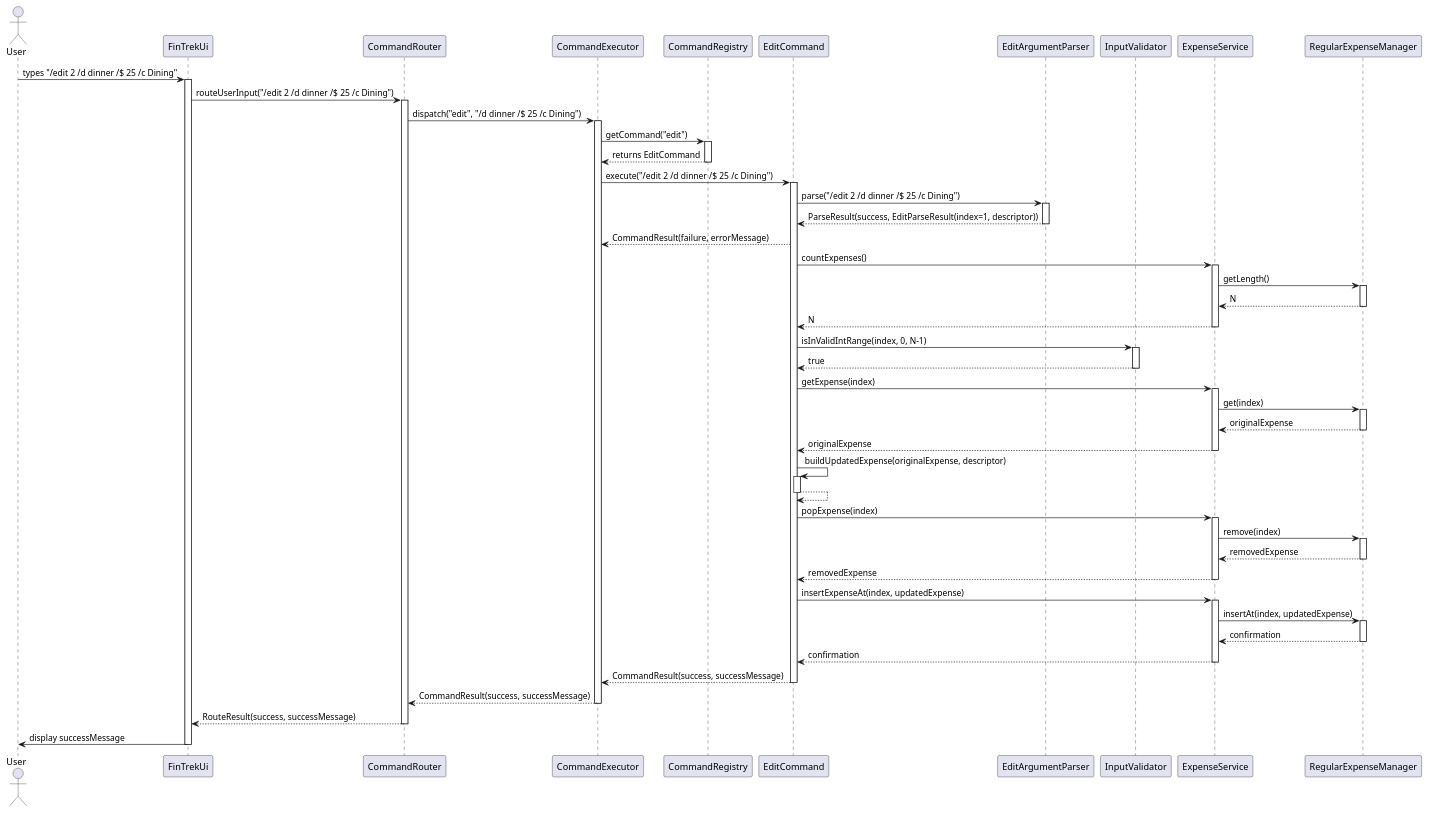
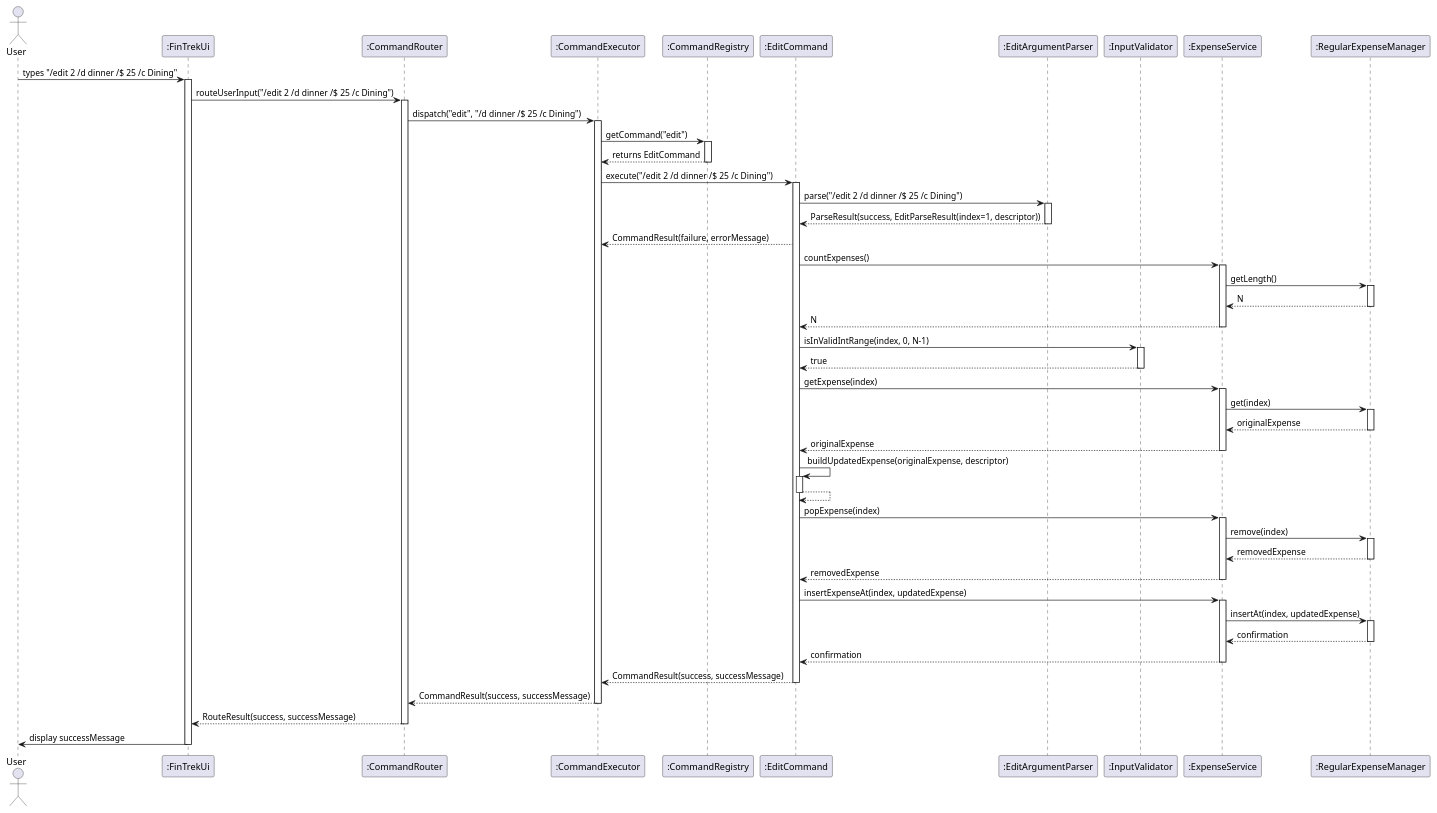
Before and after one commit to randust/tp: the diagram in docs/diagrams/sequence/edit.puml, drawn with PlantUML. The commit also changed 5 other files, not shown here.

Commit message:
Update Sequence Diagrams

```diff
--- a/docs/diagrams/sequence/edit.puml
+++ b/docs/diagrams/sequence/edit.puml
@@ -1,110 +1,110 @@
 @startuml editCommand.puml
 actor User
-participant "FinTrekUi" as FinTrek
-participant "CommandRouter" as Router
-participant "CommandExecutor" as Executor
-participant "CommandRegistry" as Registry
-participant "EditCommand" as EditCmd
-participant "EditArgumentParser" as Parser
-participant "InputValidator" as Validator
-participant "ExpenseService" as ExpenseSvc
-participant "RegularExpenseManager" as RegExpMgr
+participant ":FinTrekUi" as FinTrek
+participant ":CommandRouter" as Router
+participant ":CommandExecutor" as Executor
+participant ":CommandRegistry" as Registry
+participant ":EditCommand" as EditCmd
+participant ":EditArgumentParser" as Parser
+participant ":InputValidator" as Validator
+participant ":ExpenseService" as ExpenseSvc
+participant ":RegularExpenseManager" as RegExpMgr
 
 User -> FinTrek : types "/edit 2 /d dinner /$ 25 /c Dining"
 activate FinTrek
 
 FinTrek -> Router : routeUserInput("/edit 2 /d dinner /$ 25 /c Dining")
 activate Router
 
 Router -> Executor : dispatch("edit", "/d dinner /$ 25 /c Dining")
 activate Executor
 
 Executor -> Registry : getCommand("edit")
 activate Registry
 
 Registry --> Executor : returns EditCommand
 deactivate Registry
 
 Executor -> EditCmd : execute("/edit 2 /d dinner /$ 25 /c Dining")
 activate EditCmd
 
 EditCmd -> Parser : parse("/edit 2 /d dinner /$ 25 /c Dining")
 activate Parser
 
 Parser --> EditCmd : ParseResult(success, EditParseResult(index=1, descriptor))
 deactivate Parser
 
 EditCmd --> Executor : CommandResult(failure, errorMessage)
 EditCmd -> ExpenseSvc : countExpenses()
 activate ExpenseSvc
 
 ExpenseSvc -> RegExpMgr : getLength()
 activate RegExpMgr
 
 RegExpMgr --> ExpenseSvc : N
 deactivate RegExpMgr
 
 ExpenseSvc --> EditCmd : N
 deactivate ExpenseSvc
 
 EditCmd -> Validator : isInValidIntRange(index, 0, N-1)
 activate Validator
 
 Validator --> EditCmd : true
 deactivate Validator
 
 EditCmd -> ExpenseSvc : getExpense(index)
 activate ExpenseSvc
 
 ExpenseSvc -> RegExpMgr : get(index)
 activate RegExpMgr
 
 RegExpMgr --> ExpenseSvc : originalExpense
 deactivate RegExpMgr
 
 ExpenseSvc --> EditCmd : originalExpense
 deactivate ExpenseSvc
 
 EditCmd -> EditCmd : buildUpdatedExpense(originalExpense, descriptor)
 activate EditCmd
 
 EditCmd --> EditCmd
 deactivate EditCmd
 
 EditCmd -> ExpenseSvc : popExpense(index)
 activate ExpenseSvc
 
 ExpenseSvc -> RegExpMgr : remove(index)
 activate RegExpMgr
 
 RegExpMgr --> ExpenseSvc : removedExpense
 deactivate RegExpMgr
 
 ExpenseSvc --> EditCmd : removedExpense
 deactivate ExpenseSvc
 
 EditCmd -> ExpenseSvc : insertExpenseAt(index, updatedExpense)
 activate ExpenseSvc
 
 ExpenseSvc -> RegExpMgr : insertAt(index, updatedExpense)
 activate RegExpMgr
 
 RegExpMgr --> ExpenseSvc : confirmation
 deactivate RegExpMgr
 
 ExpenseSvc --> EditCmd : confirmation
 deactivate ExpenseSvc
 
 EditCmd --> Executor : CommandResult(success, successMessage)
 
 deactivate EditCmd
 
 Executor --> Router : CommandResult(success, successMessage)
 deactivate Executor
 
 Router --> FinTrek : RouteResult(success, successMessage)
 deactivate Router
 
 FinTrek -> User : display successMessage
 deactivate FinTrek
 @enduml
```
